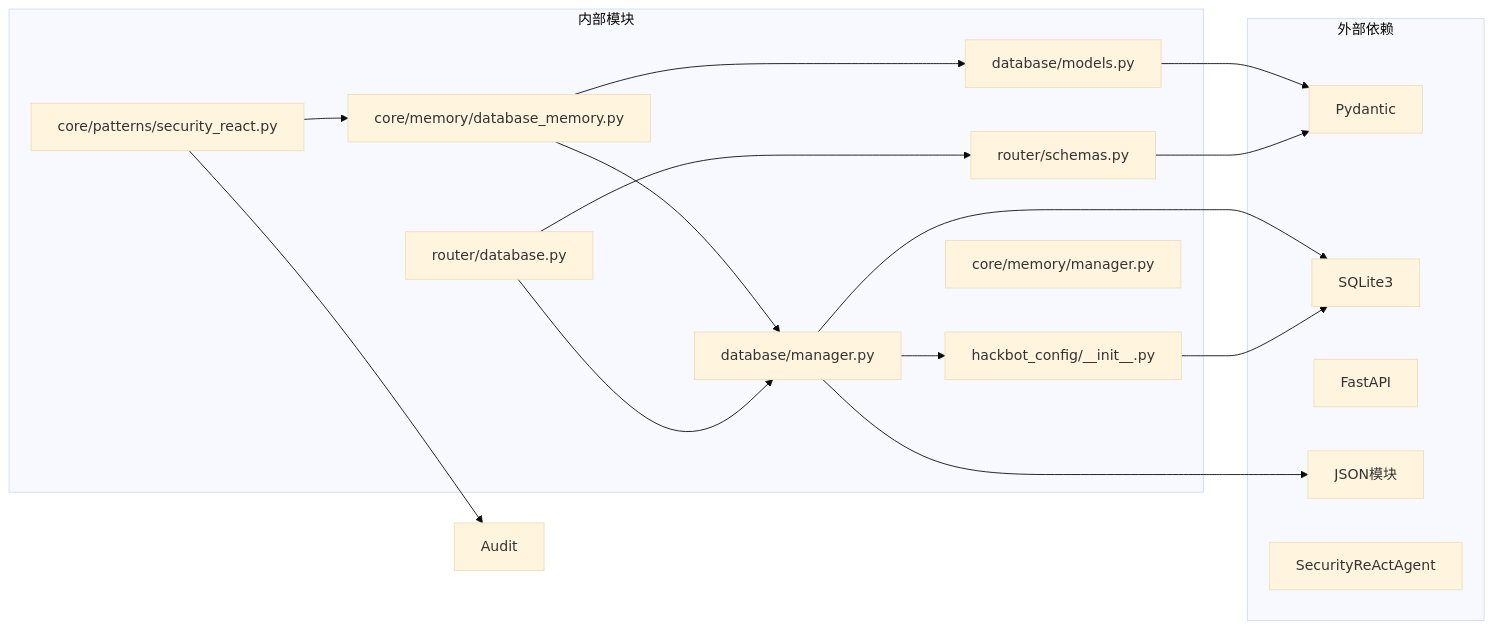
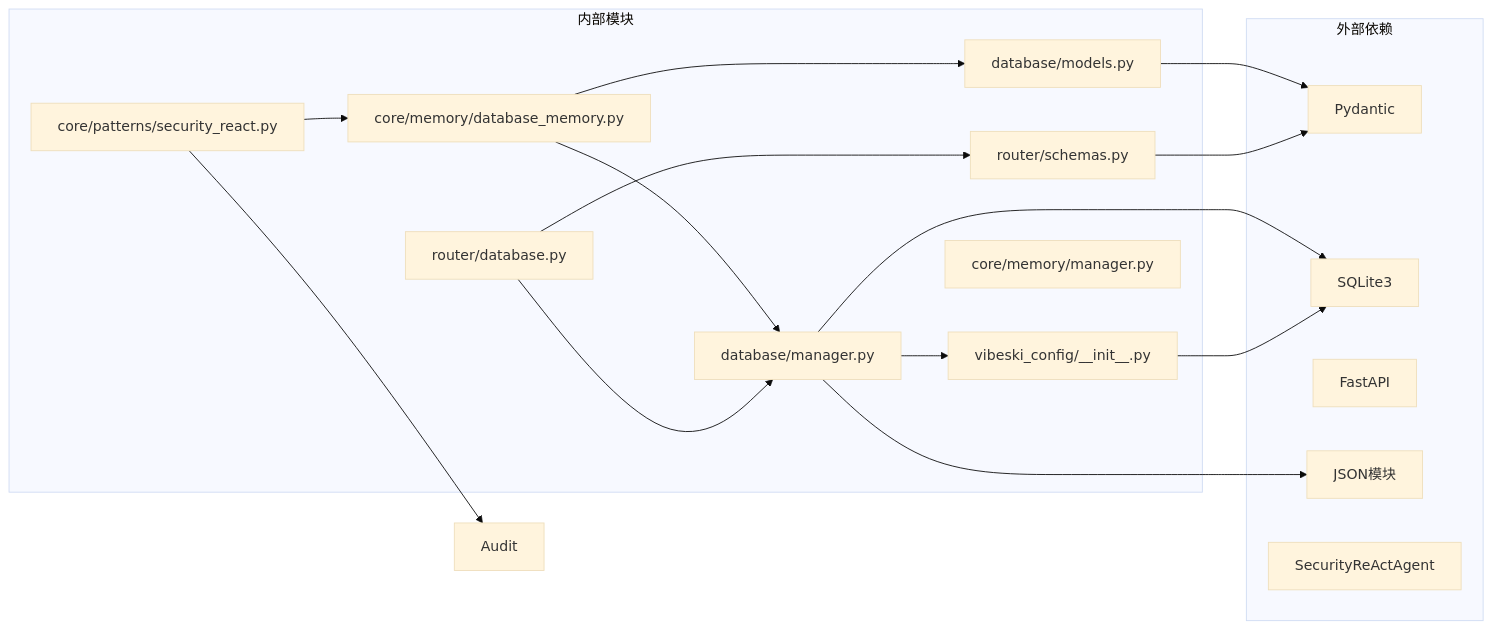
The eighth of 9 diagrams in .qoder/repowiki/zh/content/Database Models.md (crabin/VIBESKI), drawn with Mermaid (base theme) before and after one commit. The commit also changed other lines of this file and 170 other files, not shown here.

Commit message:
chore: rename all secbot/hackbot identifiers to vibeski

````diff
--- a/.qoder/repowiki/zh/content/Database Models.md
+++ b/.qoder/repowiki/zh/content/Database Models.md
@@ -431,32 +431,32 @@
 ```mermaid
 graph LR
 subgraph "外部依赖"
 Pydantic[Pydantic]
 SQLite3[SQLite3]
 FastAPI[FastAPI]
 JSON[JSON模块]
 SecurityReAct[SecurityReActAgent]
 end
 subgraph "内部模块"
 Models[database/models.py]
 Manager[database/manager.py]
 Memory[core/memory/database_memory.py]
 Schemas[router/schemas.py]
-Config[hackbot_config/__init__.py]
+Config[vibeski_config/__init__.py]
 Routes[router/database.py]
 SecurityReact[core/patterns/security_react.py]
 EndMemory[core/memory/manager.py]
 end
 Models --> Pydantic
 Manager --> SQLite3
 Manager --> JSON
 Memory --> Models
 Memory --> Manager
 SecurityReact --> Memory
 SecurityReact --> Audit
 Schemas --> Pydantic
 Config --> SQLite3
 Routes --> Schemas
 Routes --> Manager
 Manager --> Config
 ```
````
